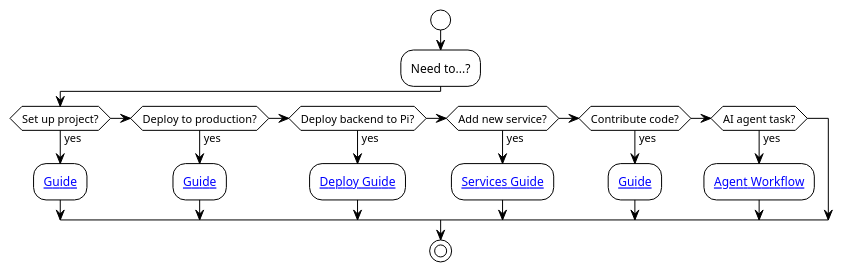
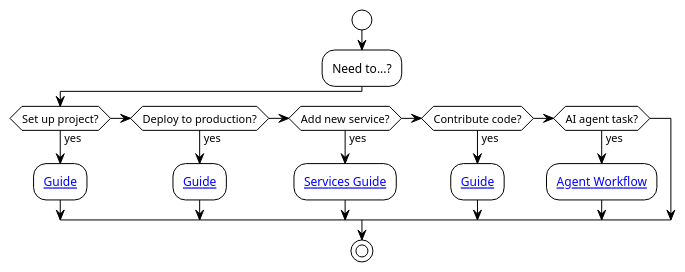
Before and after one commit to EraPartner/Watchman: the second of 2 diagrams in docs/guides/index.md, drawn with PlantUML. The commit also changed other lines of this file and 12 other files, not shown here.

````diff
--- a/docs/guides/index.md
+++ b/docs/guides/index.md
@@ -90,25 +91,23 @@
 ```plantuml
 @startuml
 !theme plain
 
 start
 
 :Need to...?;
 
 if (Set up project?) then (yes)
     :[[docs/guides/setup|Setup Guide]];
 elseif (Deploy to production?) then (yes)
     :[[docs/guides/deployment|Deployment Guide]];
-elseif (Deploy backend to Pi?) then (yes)
-    :[[docs/guides/deploying-to-raspberry-pi|Pi Deploy Guide]];
 elseif (Add new service?) then (yes)
     :[[docs/guides/adding-services|Adding Services Guide]];
 elseif (Contribute code?) then (yes)
     :[[docs/guides/contributing|Contributing Guide]];
 elseif (AI agent task?) then (yes)
     :[[docs/guides/ai-agent-workflow|AI Agent Workflow]];
 endif
 
 stop
 @enduml
 ```
````
